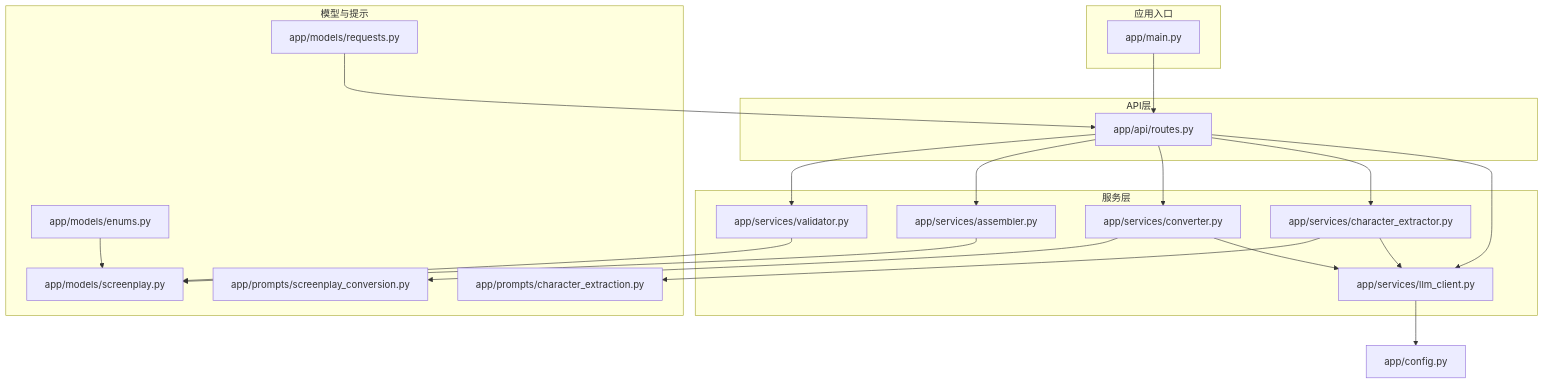
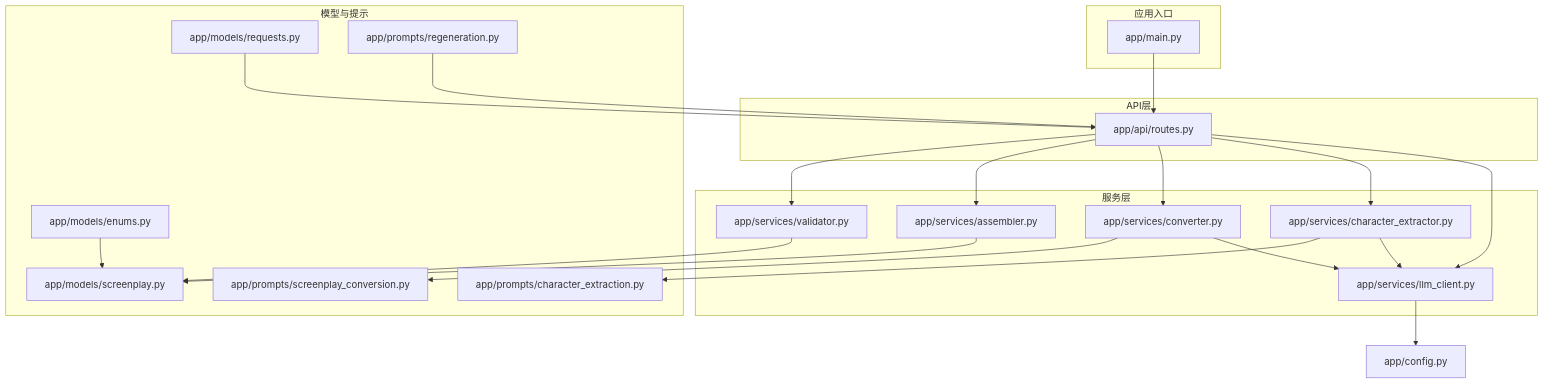
The first of 9 diagrams in .qoder/repowiki/zh/content/核心服务模块/LLM客户端服务.md (tjujingzong/Novel-to-Screenplay), drawn with Mermaid before and after one commit. The commit also changed other lines of this file and 21 other files, not shown here.

````diff
--- a/.qoder/repowiki/zh/content/核心服务模块/LLM客户端服务.md
+++ b/.qoder/repowiki/zh/content/核心服务模块/LLM客户端服务.md
@@ -46,39 +48,41 @@
 ```mermaid
 graph TB
 subgraph "应用入口"
 MAIN["app/main.py"]
 end
 subgraph "API层"
 ROUTES["app/api/routes.py"]
 end
 subgraph "服务层"
 LLM["app/services/llm_client.py"]
 CHAR_EX["app/services/character_extractor.py"]
 CONV["app/services/converter.py"]
 ASM["app/services/assembler.py"]
 VAL["app/services/validator.py"]
 end
 subgraph "模型与提示"
 MODELS["app/models/screenplay.py"]
 ENUMS["app/models/enums.py"]
 REQ["app/models/requests.py"]
 PROMPT_CHAR["app/prompts/character_extraction.py"]
 PROMPT_CONV["app/prompts/screenplay_conversion.py"]
+PROMPT_REGEN["app/prompts/regeneration.py"]
 end
 CFG["app/config.py"]
 MAIN --> ROUTES
 ROUTES --> LLM
 ROUTES --> CHAR_EX
 ROUTES --> CONV
 ROUTES --> ASM
 ROUTES --> VAL
 CHAR_EX --> LLM
 CONV --> LLM
 LLM --> CFG
 CHAR_EX --> PROMPT_CHAR
 CONV --> PROMPT_CONV
+PROMPT_REGEN --> ROUTES
 ASM --> MODELS
 VAL --> MODELS
 REQ --> ROUTES
 ENUMS --> MODELS
 ```
````
